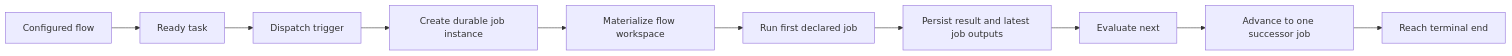
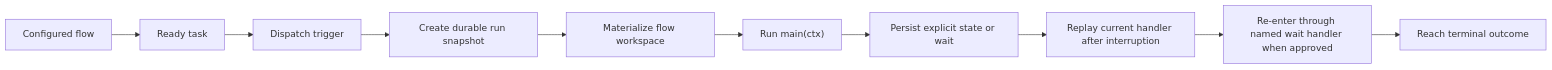
One commit to mantoni/pravaha changed the diagram in docs/reference/runtime/end-to-end-walkthrough.md. Above: the diagram before and after it, drawn with Mermaid. The commit also changed other lines of this file and 17 other files, not shown here.

Commit message:
Migrate JavaScript flow runtime fixtures

````diff
--- a/docs/reference/runtime/end-to-end-walkthrough.md
+++ b/docs/reference/runtime/end-to-end-walkthrough.md
@@ -22,12 +22,12 @@
 ```mermaid
 graph LR
   A["Configured flow"] --> B["Ready task"]
   B --> C["Dispatch trigger"]
-  C --> D["Create durable job instance"]
+  C --> D["Create durable run snapshot"]
   D --> E["Materialize flow workspace"]
-  E --> F["Run first declared job"]
-  F --> G["Persist result and latest job outputs"]
-  G --> H["Evaluate next"]
-  H --> I["Advance to one successor job"]
-  I --> J["Reach terminal end"]
+  E --> F["Run main(ctx)"]
+  F --> G["Persist explicit state or wait"]
+  G --> H["Replay current handler after interruption"]
+  H --> I["Re-enter through named wait handler when approved"]
+  I --> J["Reach terminal outcome"]
 ```
````
